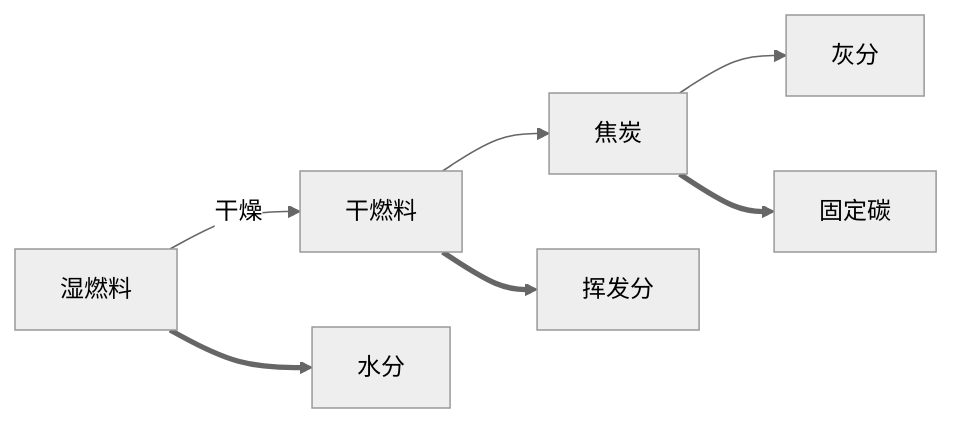
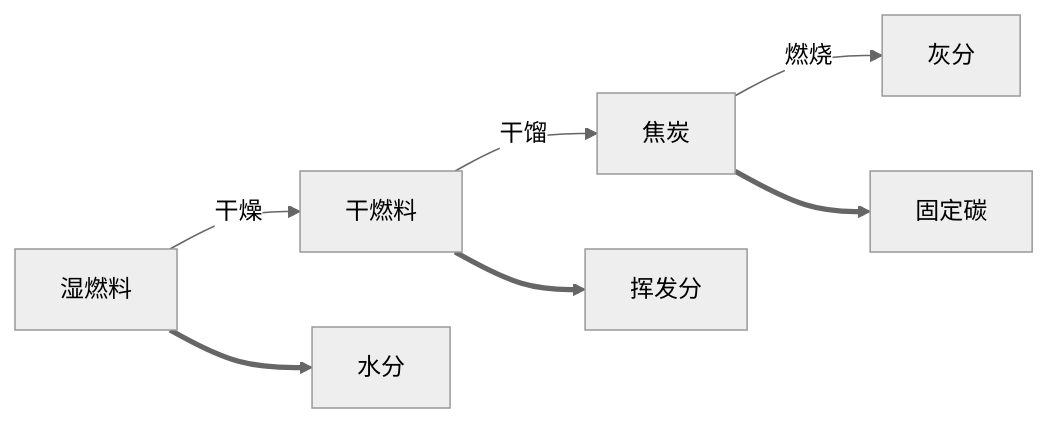
One commit to aaaaaQIE/term5 changed the diagram in 锅炉与锅炉房设备/第2章 燃料及燃烧计算.md. Above: the diagram before and after it, drawn with Mermaid (neutral theme). The commit also changed other lines of this file and 6 other files, not shown here.

````diff
--- a/锅炉与锅炉房设备/第2章 燃料及燃烧计算.md
+++ b/锅炉与锅炉房设备/第2章 燃料及燃烧计算.md
@@ -112,16 +112,16 @@
 ```mermaid
 graph LR
 a1[湿燃料]
 a2[干燃料]
 a3[焦炭]
 a4[灰分]
 b1[水分]
 b2[挥发分]
 b3[固定碳]
 a1--干燥-->a2
-a2-->a3
-a3-->a4
+a2--干馏-->a3
+a3--燃烧-->a4
 a1==>b1
 a2==>b2
 a3==>b3
 ```
````
